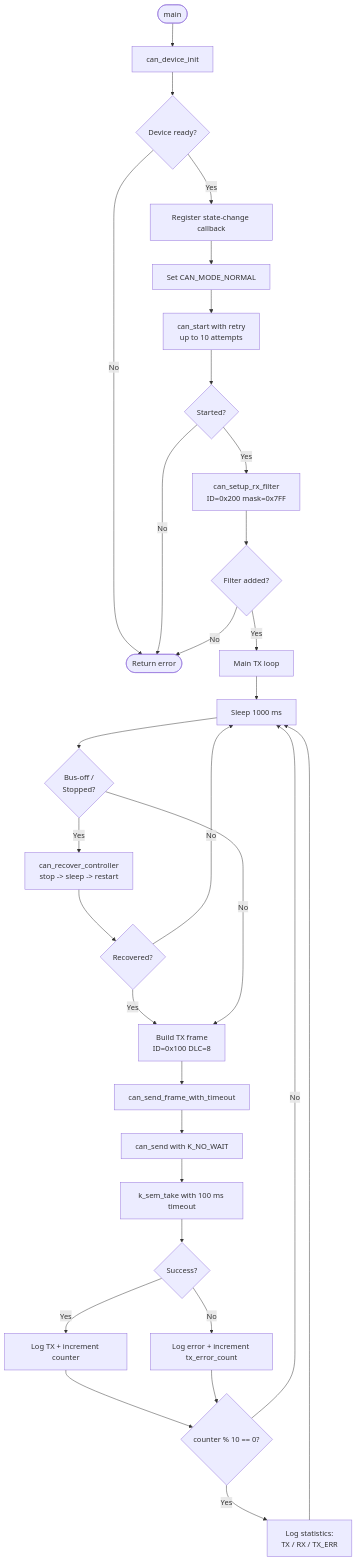
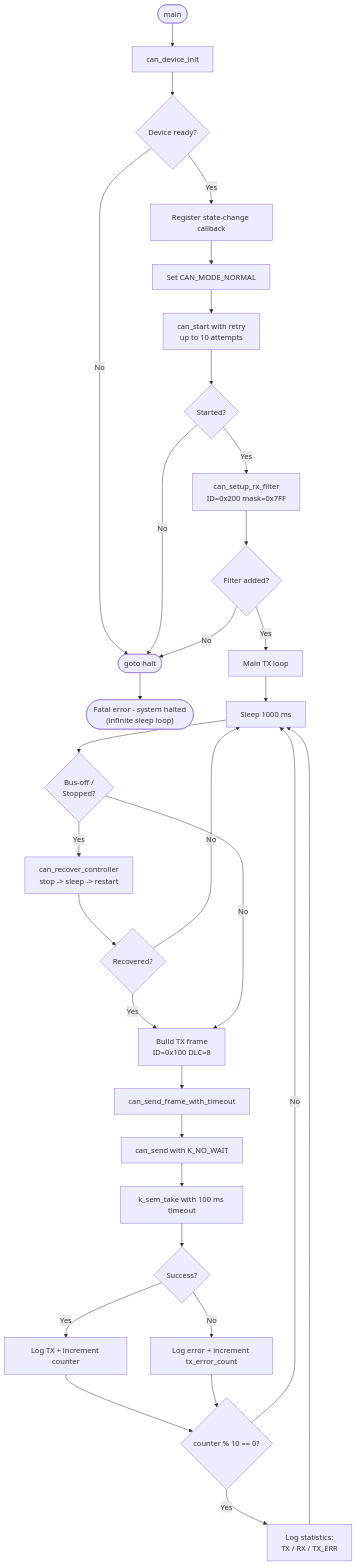
The second of 4 diagrams in README.md (uist1idrju3i/study-ZephyrCAN), drawn with Mermaid before and after one commit. The commit also changed other lines of this file and 2 other files, not shown here.

Commit message:
Brush up main.c for production quality and update documentation
Code improvements:
- Add named constants: CAN_TX_DATA_LEN, STATS_PRINT_INTERVAL, CAN_TX_ERR_BURST_THRESHOLD
- Add NULL guard and DLC clamping in RX callback for robustness
- Add NULL safety for state_names array lookups
- Snapshot volatile CAN state in main loop to avoid TOCTOU races
- Snapshot volatile tx_count for consistent statistics reads
- Cap recovery_fail_count to prevent overflow (UINT32_MAX guard)
- Move tx_frame declaration outside loop to reduce stack churn
- Add TX error burst detection and warning log
- Improve Doxygen: document backoff behavior, stale frame handling, return codes

Documentation updates:
- Add new constants to configuration tables (both EN and JA)
- Update flowchart: goto halt pattern with infinite sleep loop
- Add startup log message to expected output example
- Ensure EN/JA consistency

````diff
--- a/README.md
+++ b/README.md
@@ -67,34 +67,36 @@
 ```mermaid
 flowchart TD
     A([main]) --> B[can_device_init]
     B --> B1{Device ready?}
-    B1 -->|No| ERR1([Return error])
+    B1 -->|No| ERR1([goto halt])
     B1 -->|Yes| B2[Register state-change callback]
     B2 --> B3[Set CAN_MODE_NORMAL]
     B3 --> B4[can_start with retry\nup to 10 attempts]
     B4 --> B5{Started?}
     B5 -->|No| ERR1
     B5 -->|Yes| C[can_setup_rx_filter\nID=0x200 mask=0x7FF]
     C --> C1{Filter added?}
     C1 -->|No| ERR1
+
+    ERR1 --> HALT(["Fatal error - system halted\n(infinite sleep loop)"])
     C1 -->|Yes| D[Main TX loop]
 
     D --> E[Sleep 1000 ms]
     E --> F{Bus-off /\nStopped?}
     F -->|Yes| G[can_recover_controller\nstop -> sleep -> restart]
     G --> G1{Recovered?}
     G1 -->|No| E
     G1 -->|Yes| H
     F -->|No| H[Build TX frame\nID=0x100 DLC=8]
     H --> I[can_send_frame_with_timeout]
     I --> I1[can_send with K_NO_WAIT]
     I1 --> I2[k_sem_take with 100 ms timeout]
     I2 --> I3{Success?}
     I3 -->|Yes| J[Log TX + increment counter]
     I3 -->|No| K[Log error + increment tx_error_count]
     J --> L{counter % 10 == 0?}
     K --> L
     L -->|Yes| M[Log statistics:\nTX / RX / TX_ERR]
     L -->|No| E
     M --> E
 ```
````
